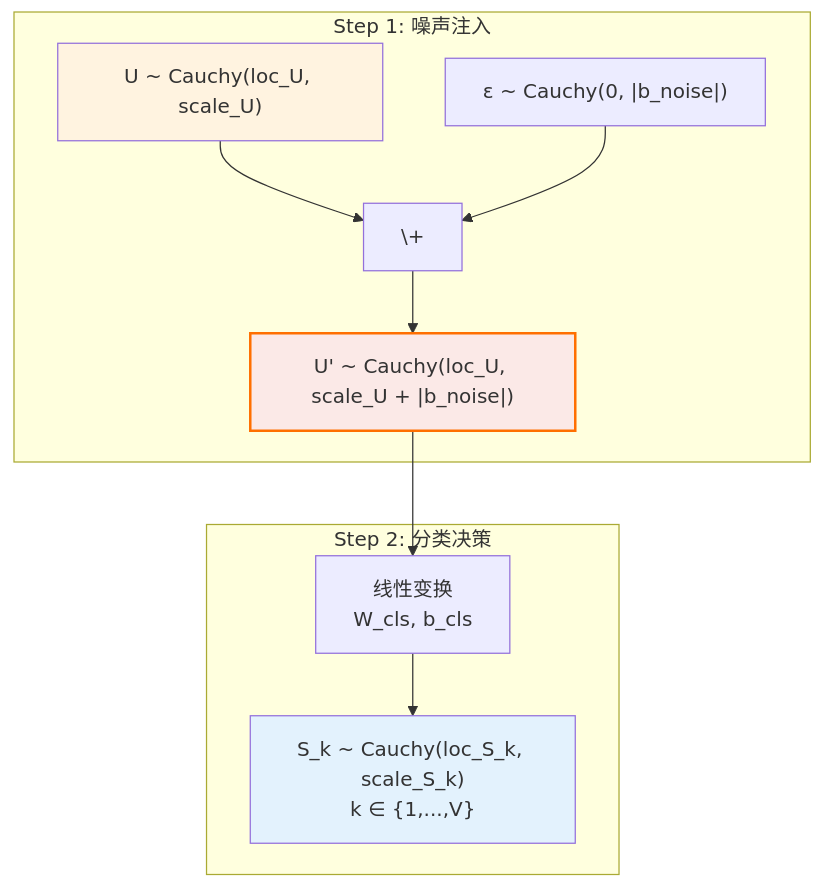
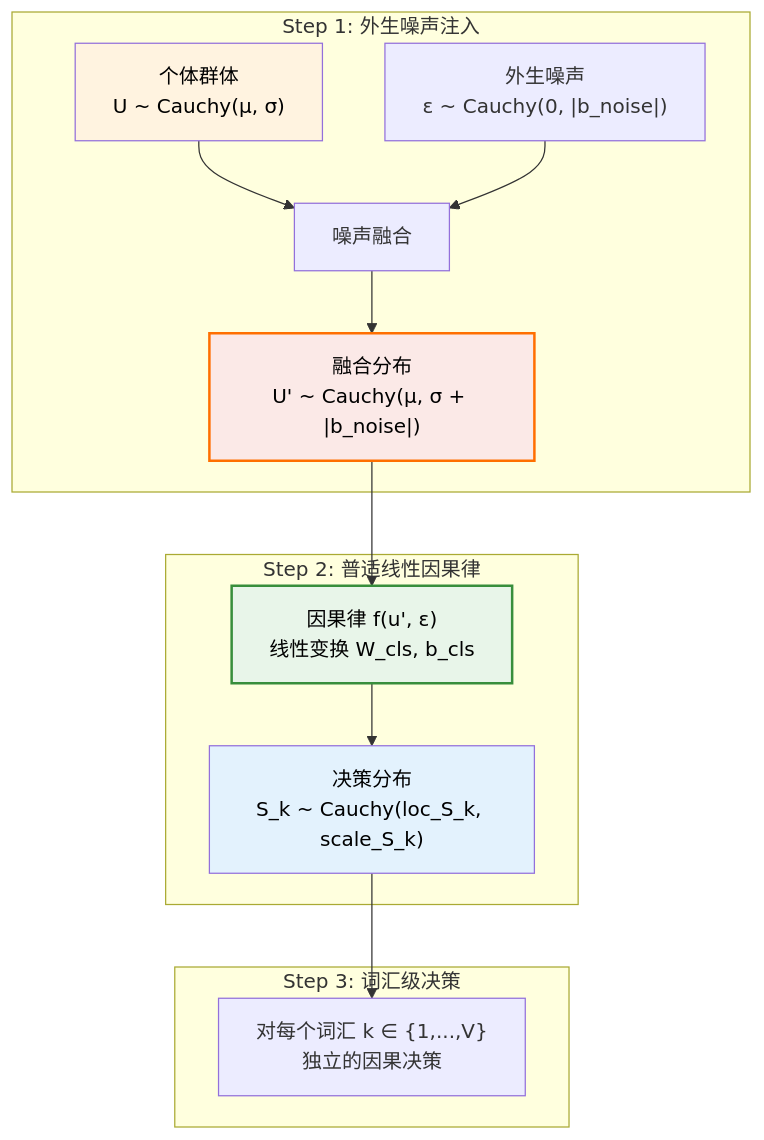
Before and after one commit to 1587causalai/CausalQwen: the sixth of 16 diagrams in design-docs/causal_qwen_text_only.md, drawn with Mermaid. The commit also changed other lines of this file, not shown here.

````diff
--- a/design-docs/causal_qwen_text_only.md
+++ b/design-docs/causal_qwen_text_only.md
@@ -179,17 +283,22 @@
 ```mermaid
 graph TB
-    subgraph "Step 1: 噪声注入"
-        U["U ~ Cauchy(loc_U, scale_U)"] --> Plus["\+"]
-        Noise["ε ~ Cauchy(0, |b_noise|)"] --> Plus
-        Plus --> U_prime["U' ~ Cauchy(loc_U, scale_U + |b_noise|)"]
+    subgraph "Step 1: 外生噪声注入"
+        U["个体群体<br>U ~ Cauchy(μ, σ)"] --> Fusion["噪声融合"]
+        Epsilon["外生噪声<br>ε ~ Cauchy(0, |b_noise|)"] --> Fusion
+        Fusion --> U_prime["融合分布<br>U' ~ Cauchy(μ, σ + |b_noise|)"]
     end
     
-    subgraph "Step 2: 分类决策"
-        U_prime --> Linear["线性变换<br>W_cls, b_cls"]
-        Linear --> S["S_k ~ Cauchy(loc_S_k, scale_S_k)<br>k ∈ {1,...,V}"]
+    subgraph "Step 2: 普适线性因果律"
+        U_prime --> Law["因果律 f(u', ε)<br>线性变换 W_cls, b_cls"]
+        Law --> Decision["决策分布<br>S_k ~ Cauchy(loc_S_k, scale_S_k)"]
     end
     
-    style U fill:#fff3e0
-    style U_prime fill:#fbe9e7,stroke:#ff6f00,stroke-width:2px
-    style S fill:#e3f2fd
+    subgraph "Step 3: 词汇级决策"
+        Decision --> Words["对每个词汇 k ∈ {1,...,V}<br>独立的因果决策"]
+    end
+    
+    style U fill:#fff3e0,color:#000
+    style U_prime fill:#fbe9e7,stroke:#ff6f00,stroke-width:2px,color:#000
+    style Law fill:#e8f5e9,stroke:#388e3c,stroke-width:2px,color:#000
+    style Decision fill:#e3f2fd,color:#000
 ```
````
